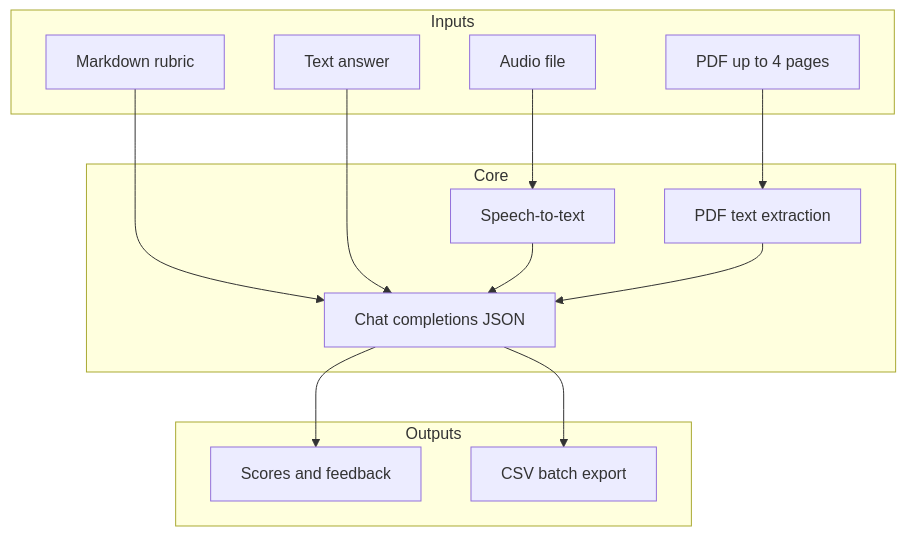
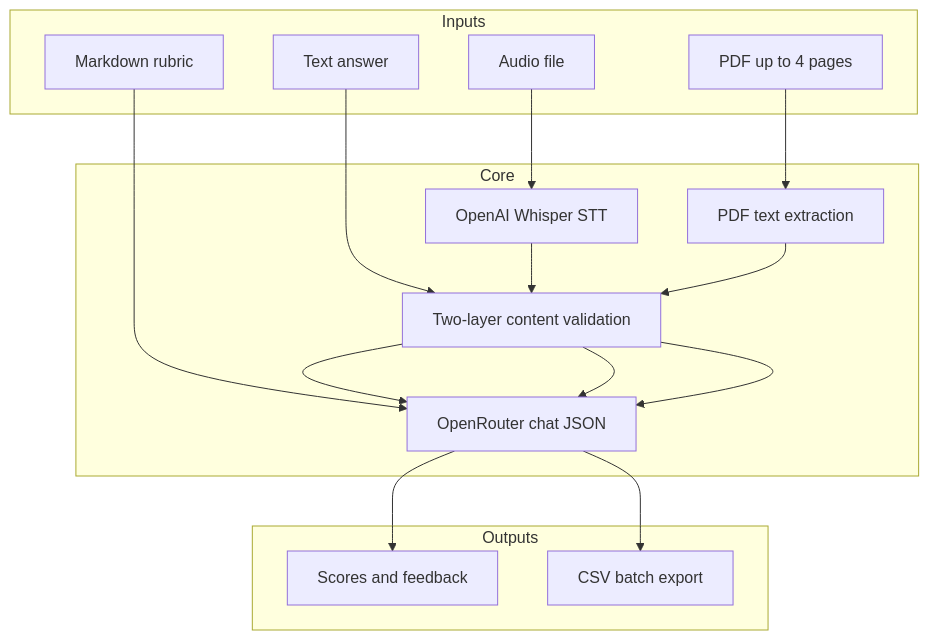
The diagram in README.md (jazorro11/grader-agent), drawn with Mermaid before and after one commit. The commit also changed other lines of this file and 169 other files, not shown here.

````diff
--- a/README.md
+++ b/README.md
@@ -30,24 +30,25 @@
 ```mermaid
 flowchart TD
   subgraph inputs [Inputs]
     Rubric[Markdown rubric]
     Text[Text answer]
     Audio[Audio file]
     PDF[PDF up to 4 pages]
   end
   subgraph core [Core]
-    STT[Speech-to-text]
-    LLM[Chat completions JSON]
+    STT[OpenAI Whisper STT]
+    Chat[OpenRouter chat JSON]
     Extract[PDF text extraction]
+    Guard[Two-layer content validation]
   end
   subgraph outputs [Outputs]
     Score[Scores and feedback]
     CSV[CSV batch export]
   end
-  Rubric --> LLM
-  Text --> LLM
-  Audio --> STT --> LLM
-  PDF --> Extract --> LLM
-  LLM --> Score
-  LLM --> CSV
+  Rubric --> Chat
+  Text --> Guard --> Chat
+  Audio --> STT --> Guard --> Chat
+  PDF --> Extract --> Guard --> Chat
+  Chat --> Score
+  Chat --> CSV
 ```
````
